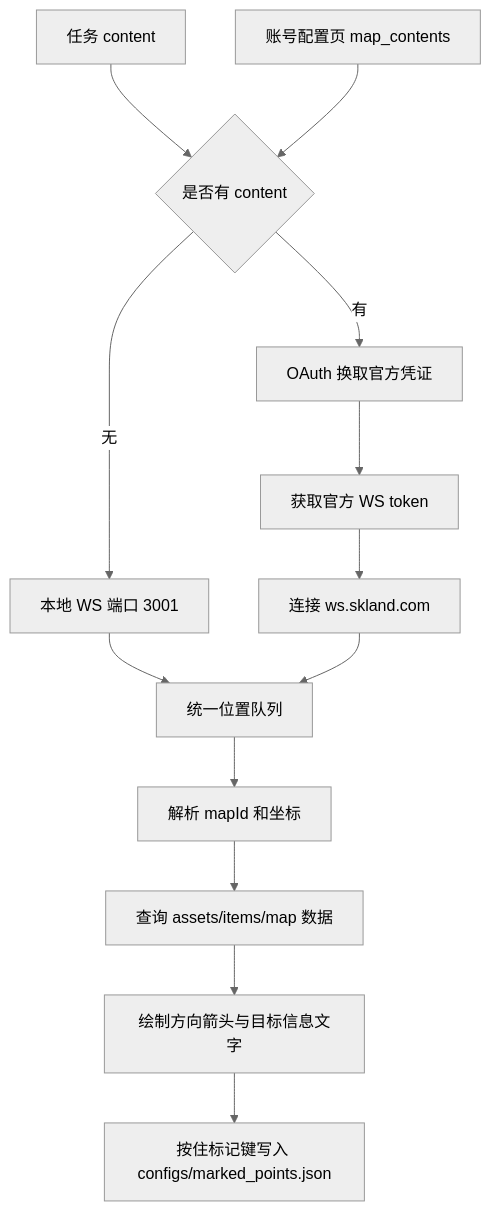
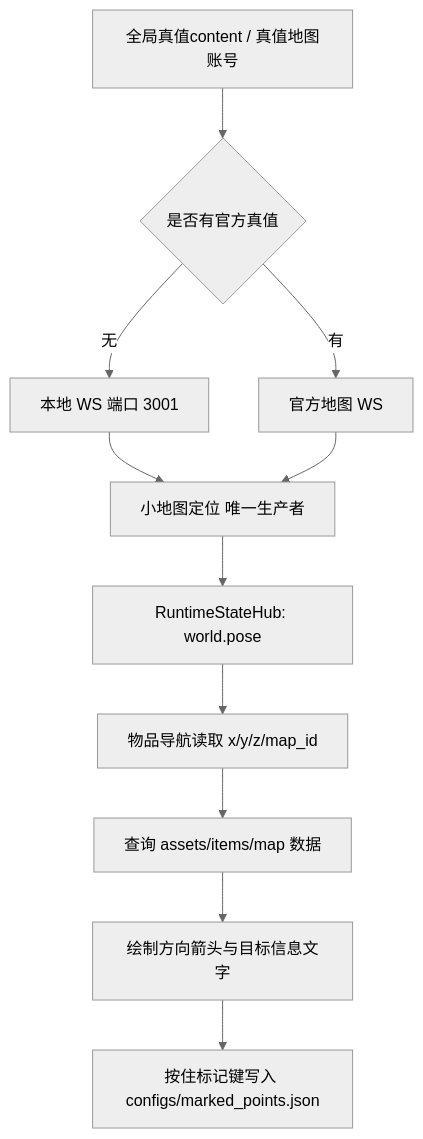
The diagram in docs/zh-CN/物品导航与实时检测.md (AliceJump/ok-end-field), drawn with Mermaid (neutral theme) before and after one commit. The commit also changed other lines of this file and 59 other files, not shown here.

````diff
--- a/docs/zh-CN/物品导航与实时检测.md
+++ b/docs/zh-CN/物品导航与实时检测.md
@@ -57,15 +56,13 @@
 ```mermaid
 flowchart TD
-    A[任务 content] --> D{是否有 content}
-    B[账号配置页 map_contents] --> D
-    C[本地 WS 端口 3001] --> H[统一位置队列]
-    D -->|有| E[OAuth 换取官方凭证]
-    E --> F[获取官方 WS token]
-    F --> G[连接 ws.skland.com]
-    D -->|无| C
-    G --> H
-    H --> I[解析 mapId 和坐标]
-    I --> J[查询 assets/items/map 数据]
-    J --> K[绘制方向箭头与目标信息文字]
-    K --> L[按住标记键写入 configs/marked_points.json]
+    A[全局真值content / 真值地图账号] --> D{是否有官方真值}
+    B[本地 WS 端口 3001] --> C[小地图定位 唯一生产者]
+    D -->|有| E[官方地图 WS]
+    D -->|无| B
+    E --> C
+    C --> F[RuntimeStateHub: world.pose]
+    F --> G[物品导航读取 x/y/z/map_id]
+    G --> H[查询 assets/items/map 数据]
+    H --> I[绘制方向箭头与目标信息文字]
+    I --> J[按住标记键写入 configs/marked_points.json]
 ```
````
